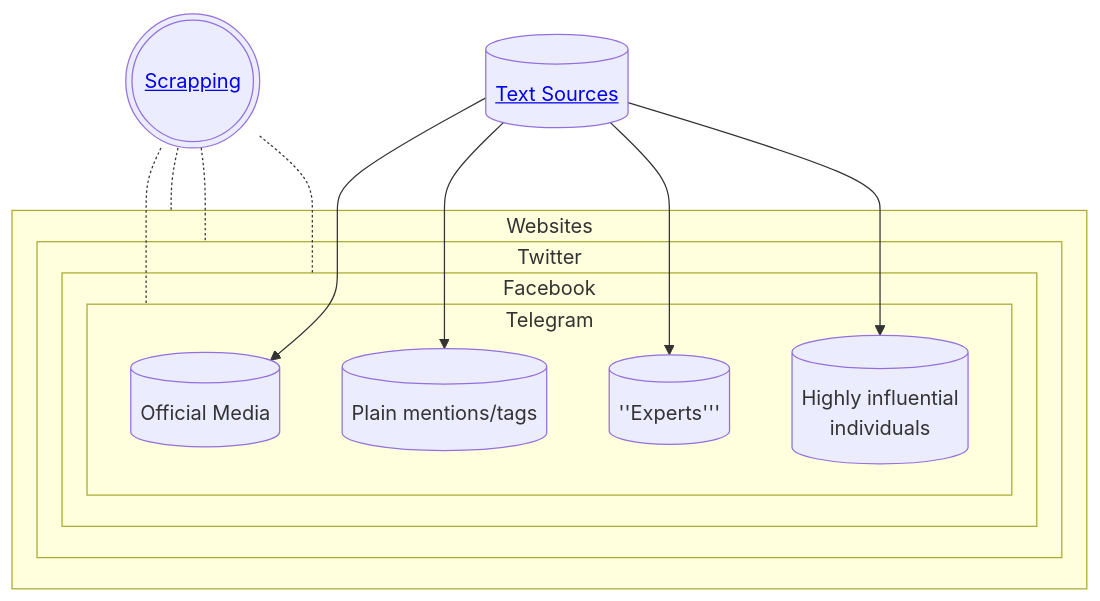
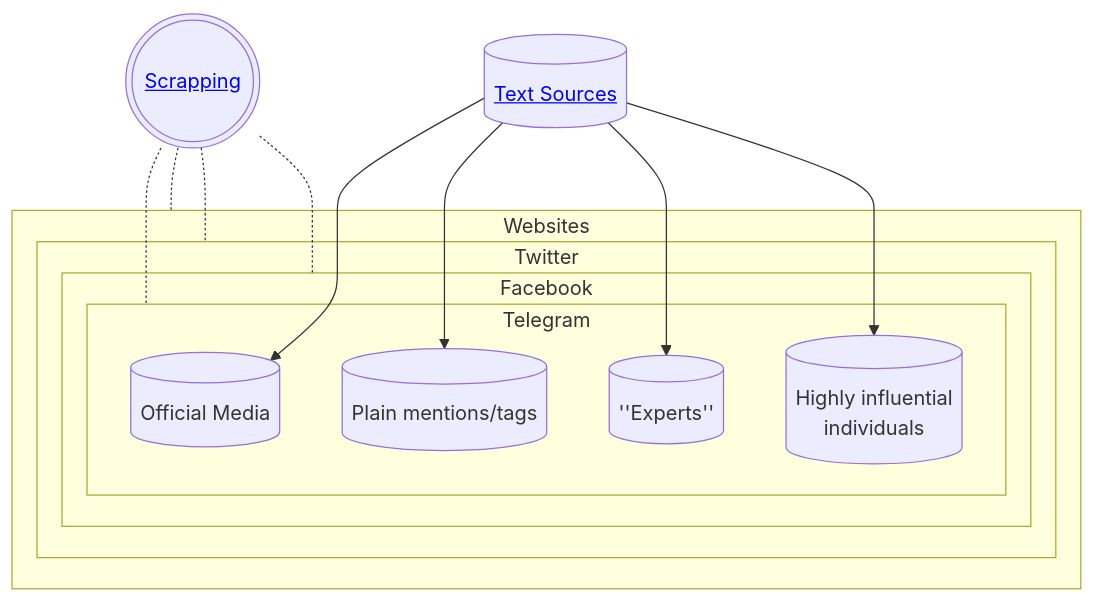
Before and after one commit to completelyboofyblitzed/STOCK-MARKET-NLP: the second of 2 diagrams in README.md, drawn with Mermaid.

````diff
--- a/README.md
+++ b/README.md
@@ -43,30 +43,30 @@
 ```mermaid
 %%{init: {"theme": "default","fontFamily": "cursive", "sequence": { "securityLevel":"loose" }}}%%
 graph TD
     classDef containers fill:#E6E1F7
     %% Nw(((Websites)))
     %% Tw(((Tweets)))
     Sc(((<a href='https://github.com/completelyboofyblitzed/NLP-in-STOCK-MARKET/blob/main/README.md#scrapping'>Scrapping</a>)))
     Ts[(<a href='https://github.com/completelyboofyblitzed/NLP-in-STOCK-MARKET/blob/main/README.md#text-sources'>Text Sources</a>)]
     subgraph Ws [Websites]
         subgraph Tw [Twitter]
             subgraph Fb [Facebook]
                 subgraph Tg [Telegram]
                 Of[(Official Media)]
                 Cm[(Plain mentions/tags)]
-                Ex[("''Experts'''")]
+                Ex[("''Experts''")]
                 In[(Highly influential<br> individuals)]
 
                 end
             end
         end
     end
     Ts-->Cm
     Ts-->Ex
     Ts-->In
     Ts-->Of
     Sc-.-Fb
     Sc-.-Tw
     Sc-.-Ws
     Sc-.-Tg
 ```
````
